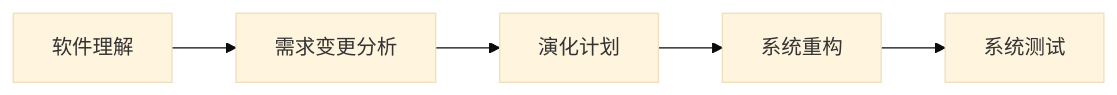
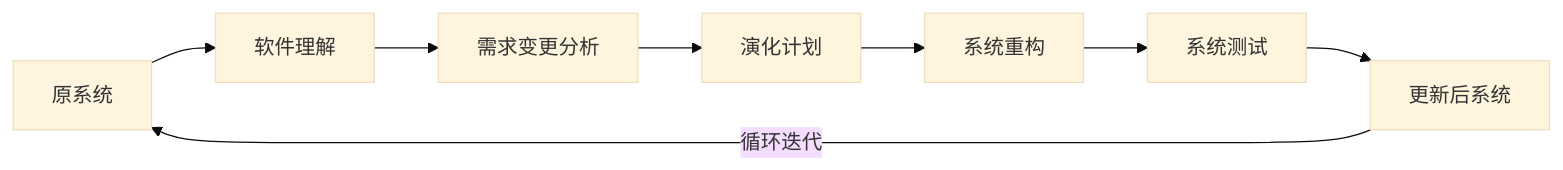
Before and after one commit to YoungHong1992/ruankao-senior-architecture-designer: the fourth of 20 diagrams in 01.系统架构设计师教材-清洗版/第10章-软件架构的演化和维护.md, drawn with Mermaid (base theme). The commit also changed other lines of this file and 24 other files, not shown here.

````diff
--- a/01.系统架构设计师教材-清洗版/第10章-软件架构的演化和维护.md
+++ b/01.系统架构设计师教材-清洗版/第10章-软件架构的演化和维护.md
@@ -193,4 +237,6 @@
 ```mermaid
 flowchart LR
-    Understand["软件理解"] --> Analyze["需求变更分析"] --> Plan["演化计划"] --> Refactor["系统重构"] --> Test["系统测试"]
+    Original["原系统"] --> Understand["软件理解"] --> Analyze["需求变更分析"]
+    Analyze --> Plan["演化计划"] --> Refactor["系统重构"] --> Test["系统测试"] --> Updated["更新后系统"]
+    Updated -->|"循环迭代"| Original
 ```
````
